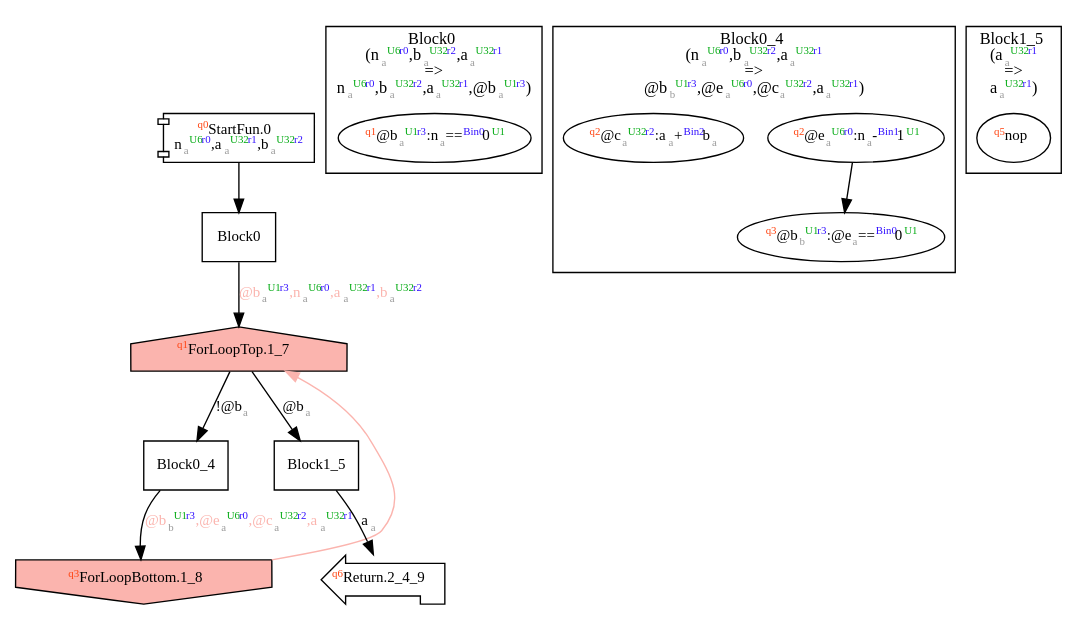
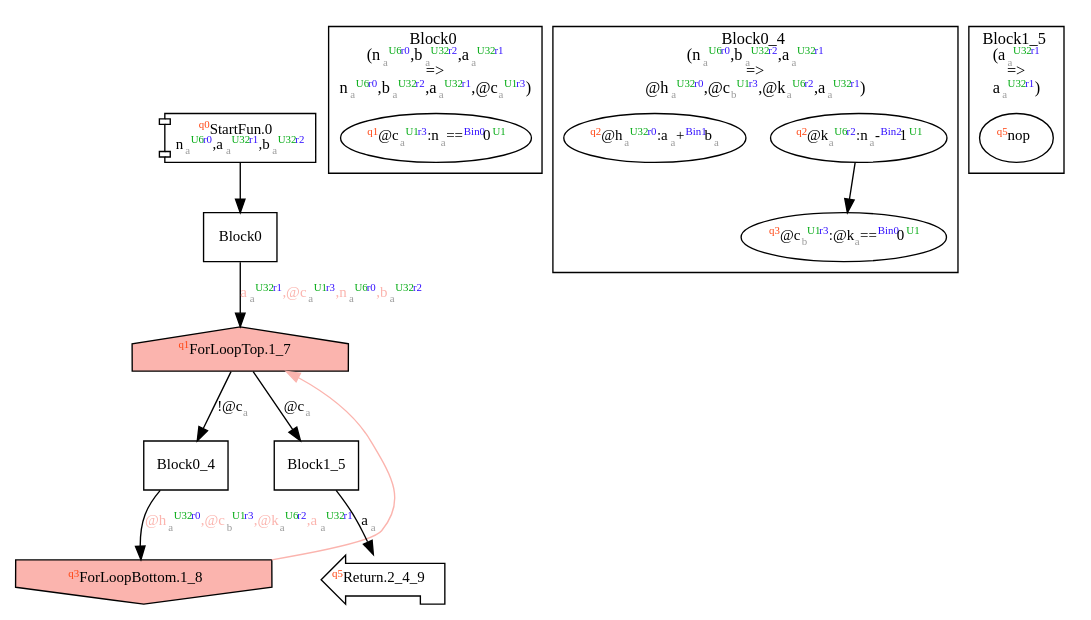
Before and after one commit to akouryy/SyntheScala: the diagram in dist/fib.dot, drawn with Graphviz. The commit also changed 32 other files, not shown here.

```diff
--- a/dist/fib.dot
+++ b/dist/fib.dot
@@ -9,32 +9,32 @@
     shape = house; style = filled;
     fillcolor = 1;
   ];
-  Block0 -> Jump1_7 [label=<@b<font color="#999999" point-size="8"><sub>a</sub></font><font color="#00aa11" point-size="8"><sup>U1</sup></font><font color="#3311ff" point-size="8"><sup>r3</sup></font>,n<font color="#999999" point-size="8"><sub>a</sub></font><font color="#00aa11" point-size="8"><sup>U6</sup></font><font color="#3311ff" point-size="8"><sup>r0</sup></font>,a<font color="#999999" point-size="8"><sub>a</sub></font><font color="#00aa11" point-size="8"><sup>U32</sup></font><font color="#3311ff" point-size="8"><sup>r1</sup></font>,b<font color="#999999" point-size="8"><sub>a</sub></font><font color="#00aa11" point-size="8"><sup>U32</sup></font><font color="#3311ff" point-size="8"><sup>r2</sup></font>>; fontcolor=1];
-  Jump1_7 -> Block0_4 [label = <!@b<font color="#999999" point-size="8"><sub>a</sub></font>>];
+  Block0 -> Jump1_7 [label=<a<font color="#999999" point-size="8"><sub>a</sub></font><font color="#00aa11" point-size="8"><sup>U32</sup></font><font color="#3311ff" point-size="8"><sup>r1</sup></font>,@c<font color="#999999" point-size="8"><sub>a</sub></font><font color="#00aa11" point-size="8"><sup>U1</sup></font><font color="#3311ff" point-size="8"><sup>r3</sup></font>,n<font color="#999999" point-size="8"><sub>a</sub></font><font color="#00aa11" point-size="8"><sup>U6</sup></font><font color="#3311ff" point-size="8"><sup>r0</sup></font>,b<font color="#999999" point-size="8"><sub>a</sub></font><font color="#00aa11" point-size="8"><sup>U32</sup></font><font color="#3311ff" point-size="8"><sup>r2</sup></font>>; fontcolor=1];
+  Jump1_7 -> Block0_4 [label = <!@c<font color="#999999" point-size="8"><sub>a</sub></font>>];
   Jump1_8 -> Jump1_7 [constraint = false; color = 1];
-  Jump1_7 -> Block1_5 [label = <@b<font color="#999999" point-size="8"><sub>a</sub></font>>];
+  Jump1_7 -> Block1_5 [label = <@c<font color="#999999" point-size="8"><sub>a</sub></font>>];
   Jump1_8[
     label = <<font color="#ff4411" point-size="8"><sup>q3</sup></font>ForLoopBottom.1_8>
     shape = invhouse; style = filled;
     fillcolor = 1;
   ];
-  Block0_4 -> Jump1_8 [label=<@b<font color="#999999" point-size="8"><sub>b</sub></font><font color="#00aa11" point-size="8"><sup>U1</sup></font><font color="#3311ff" point-size="8"><sup>r3</sup></font>,@e<font color="#999999" point-size="8"><sub>a</sub></font><font color="#00aa11" point-size="8"><sup>U6</sup></font><font color="#3311ff" point-size="8"><sup>r0</sup></font>,@c<font color="#999999" point-size="8"><sub>a</sub></font><font color="#00aa11" point-size="8"><sup>U32</sup></font><font color="#3311ff" point-size="8"><sup>r2</sup></font>,a<font color="#999999" point-size="8"><sub>a</sub></font><font color="#00aa11" point-size="8"><sup>U32</sup></font><font color="#3311ff" point-size="8"><sup>r1</sup></font>>; fontcolor=1];
-  Jump2_4_9[label = <<font color="#ff4411" point-size="8"><sup>q6</sup></font>Return.2_4_9>; shape = lpromoter];
+  Block0_4 -> Jump1_8 [label=<@h<font color="#999999" point-size="8"><sub>a</sub></font><font color="#00aa11" point-size="8"><sup>U32</sup></font><font color="#3311ff" point-size="8"><sup>r0</sup></font>,@c<font color="#999999" point-size="8"><sub>b</sub></font><font color="#00aa11" point-size="8"><sup>U1</sup></font><font color="#3311ff" point-size="8"><sup>r3</sup></font>,@k<font color="#999999" point-size="8"><sub>a</sub></font><font color="#00aa11" point-size="8"><sup>U6</sup></font><font color="#3311ff" point-size="8"><sup>r2</sup></font>,a<font color="#999999" point-size="8"><sub>a</sub></font><font color="#00aa11" point-size="8"><sup>U32</sup></font><font color="#3311ff" point-size="8"><sup>r1</sup></font>>; fontcolor=1];
+  Jump2_4_9[label = <<font color="#ff4411" point-size="8"><sup>q5</sup></font>Return.2_4_9>; shape = lpromoter];
   Block1_5 -> Jump2_4_9 [label=<a<font color="#999999" point-size="8"><sub>a</sub></font>>];
   Block0 [label = "Block0"];
   Block0_4 [label = "Block0_4"];
   Block1_5 [label = "Block1_5"];
   subgraph cluster_dfg_Block0 {
     node [shape = oval];
-    label = <Block0<br/>(n<font color="#999999" point-size="8"><sub>a</sub></font><font color="#00aa11" point-size="8"><sup>U6</sup></font><font color="#3311ff" point-size="8"><sup>r0</sup></font>,b<font color="#999999" point-size="8"><sub>a</sub></font><font color="#00aa11" point-size="8"><sup>U32</sup></font><font color="#3311ff" point-size="8"><sup>r2</sup></font>,a<font color="#999999" point-size="8"><sub>a</sub></font><font color="#00aa11" point-size="8"><sup>U32</sup></font><font color="#3311ff" point-size="8"><sup>r1</sup></font><br/>=&gt;<br/>n<font color="#999999" point-size="8"><sub>a</sub></font><font color="#00aa11" point-size="8"><sup>U6</sup></font><font color="#3311ff" point-size="8"><sup>r0</sup></font>,b<font color="#999999" point-size="8"><sub>a</sub></font><font color="#00aa11" point-size="8"><sup>U32</sup></font><font color="#3311ff" point-size="8"><sup>r2</sup></font>,a<font color="#999999" point-size="8"><sub>a</sub></font><font color="#00aa11" point-size="8"><sup>U32</sup></font><font color="#3311ff" point-size="8"><sup>r1</sup></font>,@b<font color="#999999" point-size="8"><sub>a</sub></font><font color="#00aa11" point-size="8"><sup>U1</sup></font><font color="#3311ff" point-size="8"><sup>r3</sup></font>)>;
-    8 [label=<<font color="#ff4411" point-size="8"><sup>q1</sup></font>@b<font color="#999999" point-size="8"><sub>a</sub></font><font color="#00aa11" point-size="8"><sup>U1</sup></font><font color="#3311ff" point-size="8"><sup>r3</sup></font>:n<font color="#999999" point-size="8"><sub>a</sub></font>==<font color="#3311ff" point-size="8"><sup>Bin0</sup></font>0<font color="#00aa11" point-size="8"><sup>U1</sup></font>>];
+    label = <Block0<br/>(n<font color="#999999" point-size="8"><sub>a</sub></font><font color="#00aa11" point-size="8"><sup>U6</sup></font><font color="#3311ff" point-size="8"><sup>r0</sup></font>,b<font color="#999999" point-size="8"><sub>a</sub></font><font color="#00aa11" point-size="8"><sup>U32</sup></font><font color="#3311ff" point-size="8"><sup>r2</sup></font>,a<font color="#999999" point-size="8"><sub>a</sub></font><font color="#00aa11" point-size="8"><sup>U32</sup></font><font color="#3311ff" point-size="8"><sup>r1</sup></font><br/>=&gt;<br/>n<font color="#999999" point-size="8"><sub>a</sub></font><font color="#00aa11" point-size="8"><sup>U6</sup></font><font color="#3311ff" point-size="8"><sup>r0</sup></font>,b<font color="#999999" point-size="8"><sub>a</sub></font><font color="#00aa11" point-size="8"><sup>U32</sup></font><font color="#3311ff" point-size="8"><sup>r2</sup></font>,a<font color="#999999" point-size="8"><sub>a</sub></font><font color="#00aa11" point-size="8"><sup>U32</sup></font><font color="#3311ff" point-size="8"><sup>r1</sup></font>,@c<font color="#999999" point-size="8"><sub>a</sub></font><font color="#00aa11" point-size="8"><sup>U1</sup></font><font color="#3311ff" point-size="8"><sup>r3</sup></font>)>;
+    8 [label=<<font color="#ff4411" point-size="8"><sup>q1</sup></font>@c<font color="#999999" point-size="8"><sub>a</sub></font><font color="#00aa11" point-size="8"><sup>U1</sup></font><font color="#3311ff" point-size="8"><sup>r3</sup></font>:n<font color="#999999" point-size="8"><sub>a</sub></font>==<font color="#3311ff" point-size="8"><sup>Bin0</sup></font>0<font color="#00aa11" point-size="8"><sup>U1</sup></font>>];
   }
   subgraph cluster_dfg_Block0_4 {
     node [shape = oval];
-    label = <Block0_4<br/>(n<font color="#999999" point-size="8"><sub>a</sub></font><font color="#00aa11" point-size="8"><sup>U6</sup></font><font color="#3311ff" point-size="8"><sup>r0</sup></font>,b<font color="#999999" point-size="8"><sub>a</sub></font><font color="#00aa11" point-size="8"><sup>U32</sup></font><font color="#3311ff" point-size="8"><sup>r2</sup></font>,a<font color="#999999" point-size="8"><sub>a</sub></font><font color="#00aa11" point-size="8"><sup>U32</sup></font><font color="#3311ff" point-size="8"><sup>r1</sup></font><br/>=&gt;<br/>@b<font color="#999999" point-size="8"><sub>b</sub></font><font color="#00aa11" point-size="8"><sup>U1</sup></font><font color="#3311ff" point-size="8"><sup>r3</sup></font>,@e<font color="#999999" point-size="8"><sub>a</sub></font><font color="#00aa11" point-size="8"><sup>U6</sup></font><font color="#3311ff" point-size="8"><sup>r0</sup></font>,@c<font color="#999999" point-size="8"><sub>a</sub></font><font color="#00aa11" point-size="8"><sup>U32</sup></font><font color="#3311ff" point-size="8"><sup>r2</sup></font>,a<font color="#999999" point-size="8"><sub>a</sub></font><font color="#00aa11" point-size="8"><sup>U32</sup></font><font color="#3311ff" point-size="8"><sup>r1</sup></font>)>;
-    9 [label=<<font color="#ff4411" point-size="8"><sup>q2</sup></font>@e<font color="#999999" point-size="8"><sub>a</sub></font><font color="#00aa11" point-size="8"><sup>U6</sup></font><font color="#3311ff" point-size="8"><sup>r0</sup></font>:n<font color="#999999" point-size="8"><sub>a</sub></font>-<font color="#3311ff" point-size="8"><sup>Bin1</sup></font>1<font color="#00aa11" point-size="8"><sup>U1</sup></font>>];
-    10 [label=<<font color="#ff4411" point-size="8"><sup>q2</sup></font>@c<font color="#999999" point-size="8"><sub>a</sub></font><font color="#00aa11" point-size="8"><sup>U32</sup></font><font color="#3311ff" point-size="8"><sup>r2</sup></font>:a<font color="#999999" point-size="8"><sub>a</sub></font>+<font color="#3311ff" point-size="8"><sup>Bin2</sup></font>b<font color="#999999" point-size="8"><sub>a</sub></font>>];
-    11 [label=<<font color="#ff4411" point-size="8"><sup>q3</sup></font>@b<font color="#999999" point-size="8"><sub>b</sub></font><font color="#00aa11" point-size="8"><sup>U1</sup></font><font color="#3311ff" point-size="8"><sup>r3</sup></font>:@e<font color="#999999" point-size="8"><sub>a</sub></font>==<font color="#3311ff" point-size="8"><sup>Bin0</sup></font>0<font color="#00aa11" point-size="8"><sup>U1</sup></font>>];
+    label = <Block0_4<br/>(n<font color="#999999" point-size="8"><sub>a</sub></font><font color="#00aa11" point-size="8"><sup>U6</sup></font><font color="#3311ff" point-size="8"><sup>r0</sup></font>,b<font color="#999999" point-size="8"><sub>a</sub></font><font color="#00aa11" point-size="8"><sup>U32</sup></font><font color="#3311ff" point-size="8"><sup>r2</sup></font>,a<font color="#999999" point-size="8"><sub>a</sub></font><font color="#00aa11" point-size="8"><sup>U32</sup></font><font color="#3311ff" point-size="8"><sup>r1</sup></font><br/>=&gt;<br/>@h<font color="#999999" point-size="8"><sub>a</sub></font><font color="#00aa11" point-size="8"><sup>U32</sup></font><font color="#3311ff" point-size="8"><sup>r0</sup></font>,@c<font color="#999999" point-size="8"><sub>b</sub></font><font color="#00aa11" point-size="8"><sup>U1</sup></font><font color="#3311ff" point-size="8"><sup>r3</sup></font>,@k<font color="#999999" point-size="8"><sub>a</sub></font><font color="#00aa11" point-size="8"><sup>U6</sup></font><font color="#3311ff" point-size="8"><sup>r2</sup></font>,a<font color="#999999" point-size="8"><sub>a</sub></font><font color="#00aa11" point-size="8"><sup>U32</sup></font><font color="#3311ff" point-size="8"><sup>r1</sup></font>)>;
+    9 [label=<<font color="#ff4411" point-size="8"><sup>q2</sup></font>@k<font color="#999999" point-size="8"><sub>a</sub></font><font color="#00aa11" point-size="8"><sup>U6</sup></font><font color="#3311ff" point-size="8"><sup>r2</sup></font>:n<font color="#999999" point-size="8"><sub>a</sub></font>-<font color="#3311ff" point-size="8"><sup>Bin2</sup></font>1<font color="#00aa11" point-size="8"><sup>U1</sup></font>>];
+    10 [label=<<font color="#ff4411" point-size="8"><sup>q2</sup></font>@h<font color="#999999" point-size="8"><sub>a</sub></font><font color="#00aa11" point-size="8"><sup>U32</sup></font><font color="#3311ff" point-size="8"><sup>r0</sup></font>:a<font color="#999999" point-size="8"><sub>a</sub></font>+<font color="#3311ff" point-size="8"><sup>Bin1</sup></font>b<font color="#999999" point-size="8"><sub>a</sub></font>>];
+    11 [label=<<font color="#ff4411" point-size="8"><sup>q3</sup></font>@c<font color="#999999" point-size="8"><sub>b</sub></font><font color="#00aa11" point-size="8"><sup>U1</sup></font><font color="#3311ff" point-size="8"><sup>r3</sup></font>:@k<font color="#999999" point-size="8"><sub>a</sub></font>==<font color="#3311ff" point-size="8"><sup>Bin0</sup></font>0<font color="#00aa11" point-size="8"><sup>U1</sup></font>>];
     9 -> 11;
   }
   subgraph cluster_dfg_Block1_5 {
```
